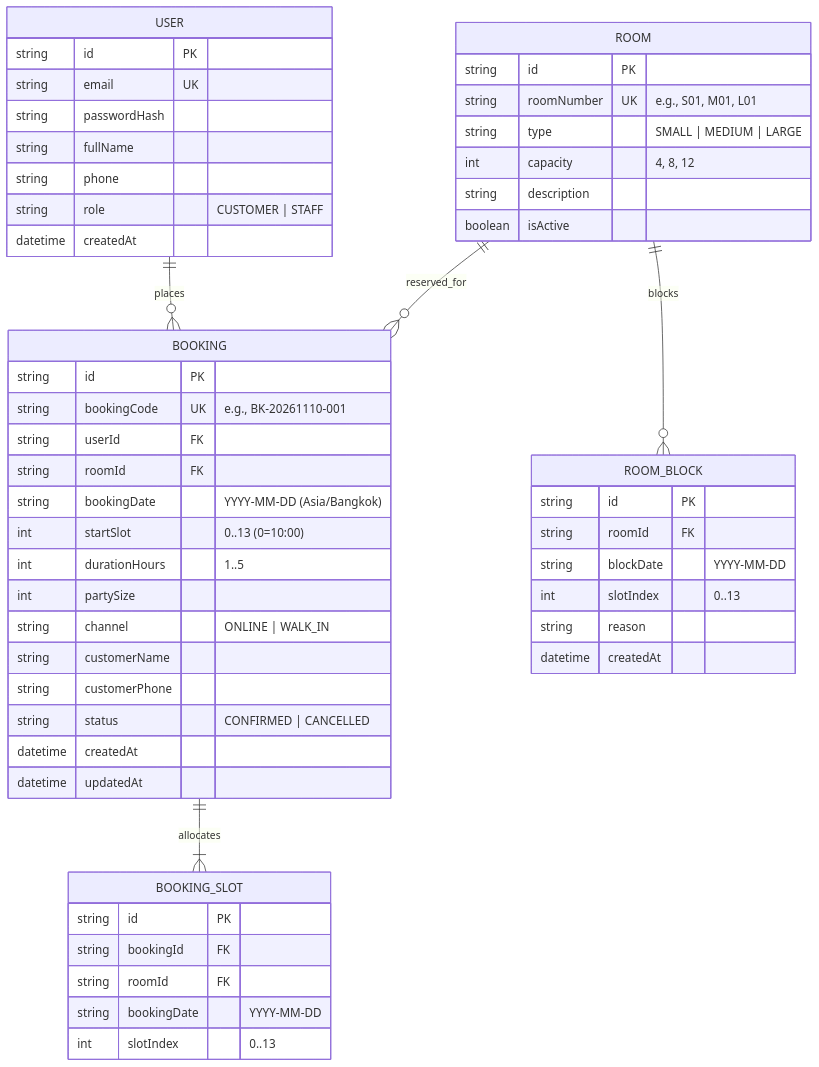
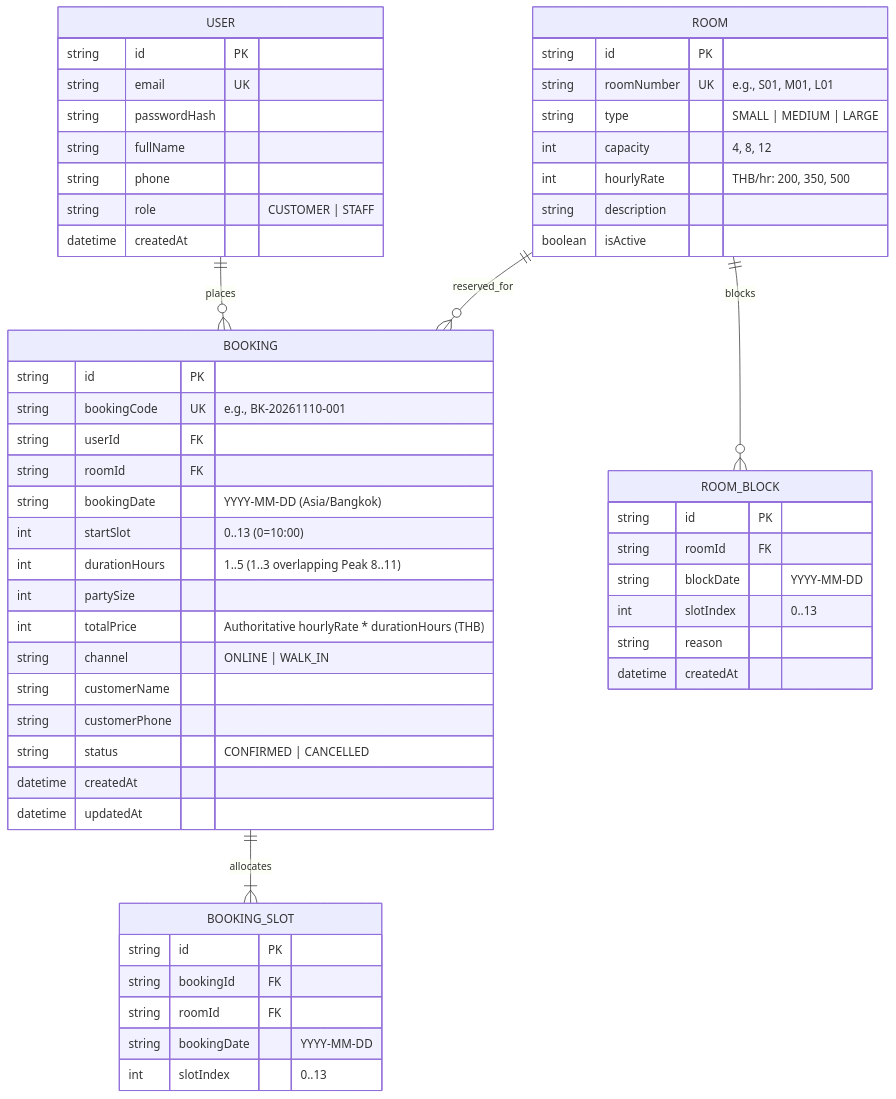
Before and after one commit to Phenwatsa/singslot-karaoke: the diagram in docs/system-specifications/system-sds.md, drawn with Mermaid. The commit also changed other lines of this file and 9 other files, not shown here.

````diff
--- a/docs/system-specifications/system-sds.md
+++ b/docs/system-specifications/system-sds.md
@@ -51,60 +51,62 @@
 ```mermaid
 erDiagram
     USER ||--o{ BOOKING : places
     ROOM ||--o{ BOOKING : reserved_for
     ROOM ||--o{ ROOM_BLOCK : blocks
     BOOKING ||--|{ BOOKING_SLOT : allocates
 
     USER {
         string id PK
         string email UK
         string passwordHash
         string fullName
         string phone
         string role "CUSTOMER | STAFF"
         datetime createdAt
     }
 
     ROOM {
         string id PK
         string roomNumber UK "e.g., S01, M01, L01"
         string type "SMALL | MEDIUM | LARGE"
         int capacity "4, 8, 12"
+        int hourlyRate "THB/hr: 200, 350, 500"
         string description
         boolean isActive
     }
 
     BOOKING {
         string id PK
         string bookingCode UK "e.g., BK-20261110-001"
         string userId FK
         string roomId FK
         string bookingDate "YYYY-MM-DD (Asia/Bangkok)"
         int startSlot "0..13 (0=10:00)"
-        int durationHours "1..5"
+        int durationHours "1..5 (1..3 overlapping Peak 8..11)"
         int partySize
+        int totalPrice "Authoritative hourlyRate * durationHours (THB)"
         string channel "ONLINE | WALK_IN"
         string customerName
         string customerPhone
         string status "CONFIRMED | CANCELLED"
         datetime createdAt
         datetime updatedAt
     }
 
     BOOKING_SLOT {
         string id PK
         string bookingId FK
         string roomId FK
         string bookingDate "YYYY-MM-DD"
         int slotIndex "0..13"
     }
 
     ROOM_BLOCK {
         string id PK
         string roomId FK
         string blockDate "YYYY-MM-DD"
         int slotIndex "0..13"
         string reason
         datetime createdAt
     }
 ```
````
